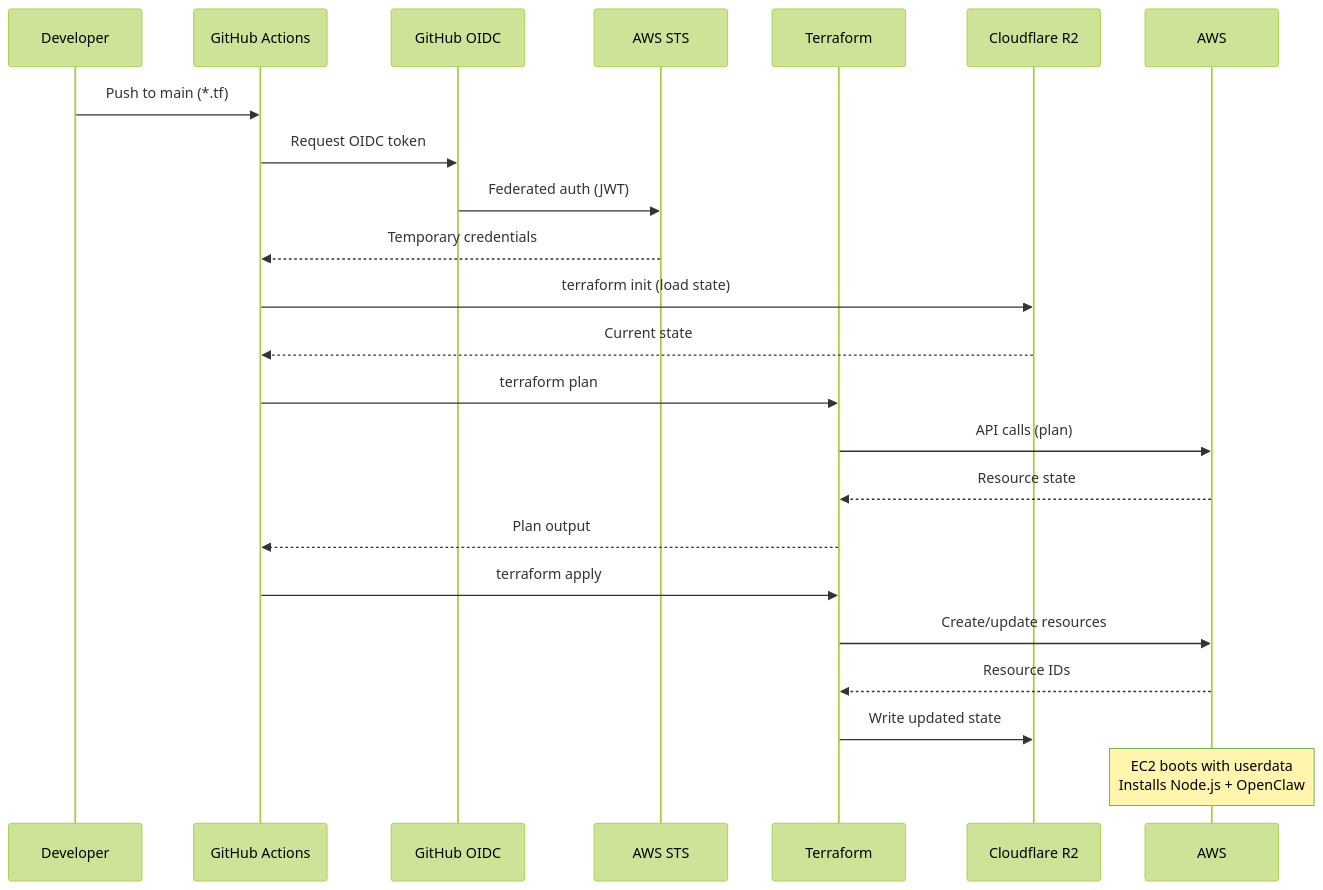
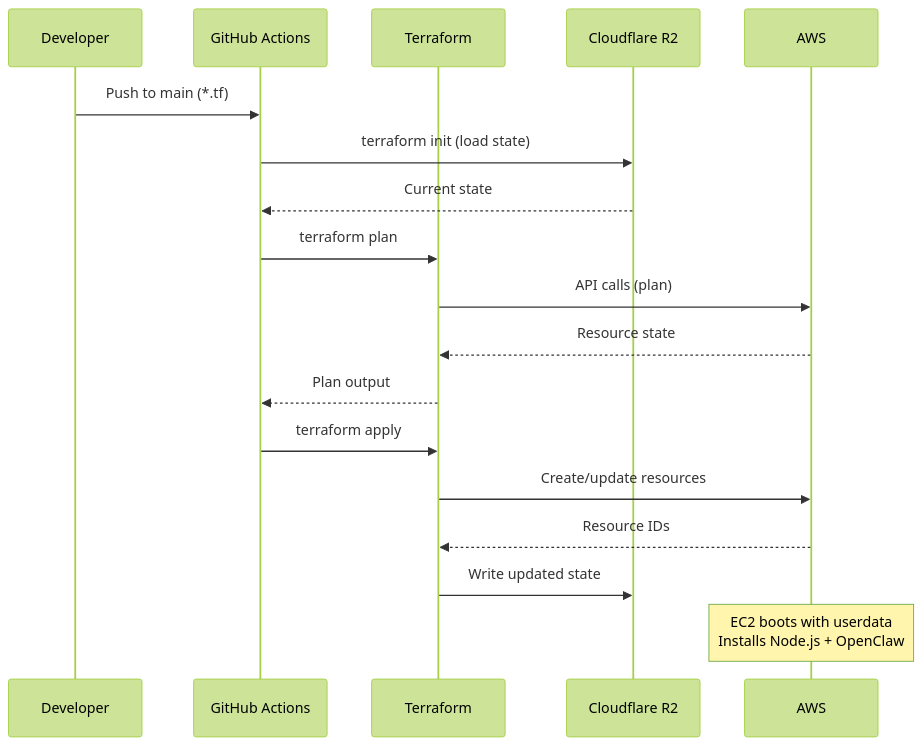
The second of 2 diagrams in README.MD (drewpypro/clawdbot-aws), drawn with Mermaid (forest theme) before and after one commit. The commit also changed other lines of this file and 3 other files, not shown here.

````diff
--- a/README.MD
+++ b/README.MD
@@ -68,26 +53,21 @@
 ```mermaid
 sequenceDiagram
     participant Dev as Developer
     participant GH as GitHub Actions
-    participant OIDC as GitHub OIDC
-    participant STS as AWS STS
     participant TF as Terraform
     participant R2 as Cloudflare R2
     participant AWS as AWS
 
     Dev->>GH: Push to main (*.tf)
-    GH->>OIDC: Request OIDC token
-    OIDC->>STS: Federated auth (JWT)
-    STS-->>GH: Temporary credentials
     GH->>R2: terraform init (load state)
     R2-->>GH: Current state
     GH->>TF: terraform plan
     TF->>AWS: API calls (plan)
     AWS-->>TF: Resource state
     TF-->>GH: Plan output
     GH->>TF: terraform apply
     TF->>AWS: Create/update resources
     AWS-->>TF: Resource IDs
     TF->>R2: Write updated state
     Note over AWS: EC2 boots with userdata<br/>Installs Node.js + OpenClaw
 ```
````
